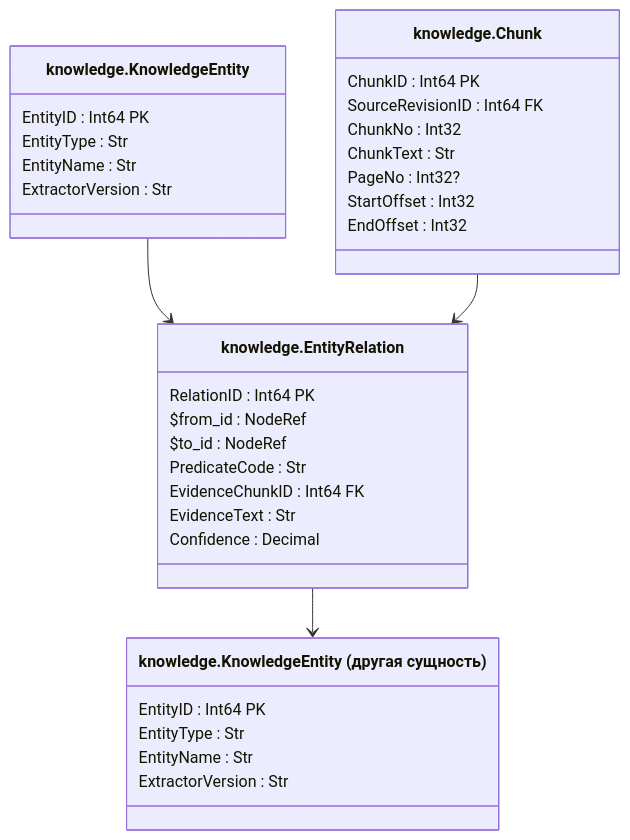
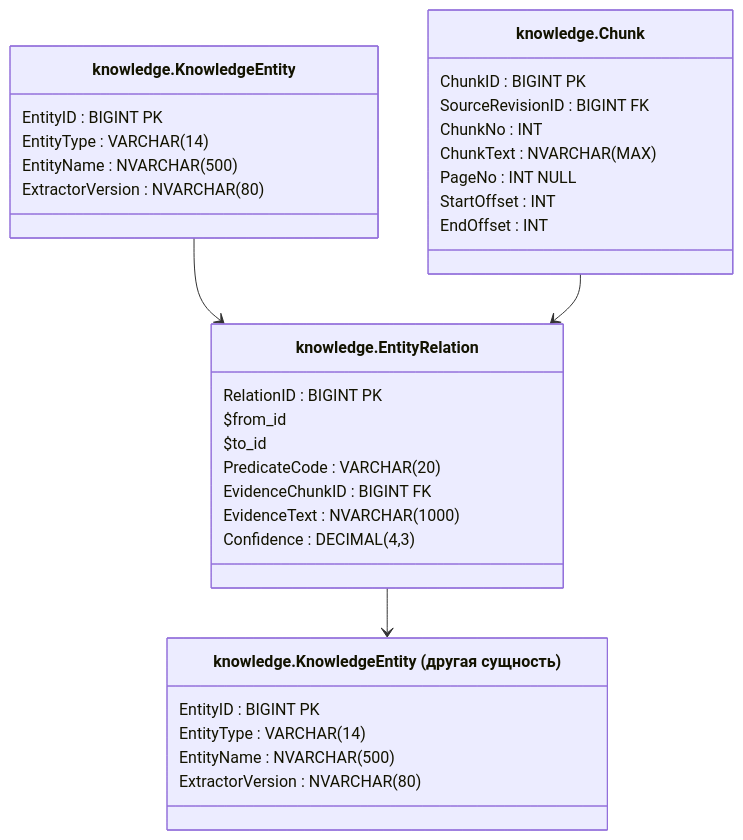
The tenth of 15 diagrams in 03SQL-CourseWork/architecture/database-model.md (lkeey/BIVT-labs), drawn with Mermaid before and after one commit. The commit also changed other lines of this file, not shown here.

Commit message:
docs(coursework): use exact T-SQL types in database diagrams

```diff
--- a/03SQL-CourseWork/architecture/database-model.md
+++ b/03SQL-CourseWork/architecture/database-model.md
@@ -385,37 +385,37 @@
 ~~~mermaid
 classDiagram
     direction TB
     class E["knowledge.KnowledgeEntity"] {
-        EntityID : Int64 PK
-        EntityType : Str
-        EntityName : Str
-        ExtractorVersion : Str
+        EntityID : BIGINT PK
+        EntityType : VARCHAR#40;14#41;
+        EntityName : NVARCHAR#40;500#41;
+        ExtractorVersion : NVARCHAR#40;80#41;
     }
     class R["knowledge.EntityRelation"] {
-        RelationID : Int64 PK
-        $from_id : NodeRef
-        $to_id : NodeRef
-        PredicateCode : Str
-        EvidenceChunkID : Int64 FK
-        EvidenceText : Str
-        Confidence : Decimal
+        RelationID : BIGINT PK
+        $from_id
+        $to_id
+        PredicateCode : VARCHAR#40;20#41;
+        EvidenceChunkID : BIGINT FK
+        EvidenceText : NVARCHAR#40;1000#41;
+        Confidence : DECIMAL#40;4,3#41;
     }
     class E2["knowledge.KnowledgeEntity (другая сущность)"] {
-        EntityID : Int64 PK
-        EntityType : Str
-        EntityName : Str
-        ExtractorVersion : Str
+        EntityID : BIGINT PK
+        EntityType : VARCHAR#40;14#41;
+        EntityName : NVARCHAR#40;500#41;
+        ExtractorVersion : NVARCHAR#40;80#41;
     }
     class K["knowledge.Chunk"] {
-        ChunkID : Int64 PK
-        SourceRevisionID : Int64 FK
-        ChunkNo : Int32
-        ChunkText : Str
-        PageNo : Int32?
-        StartOffset : Int32
-        EndOffset : Int32
+        ChunkID : BIGINT PK
+        SourceRevisionID : BIGINT FK
+        ChunkNo : INT
+        ChunkText : NVARCHAR#40;MAX#41;
+        PageNo : INT NULL
+        StartOffset : INT
+        EndOffset : INT
     }
     E --> R
     R --> E2
     K --> R
 ~~~
```
